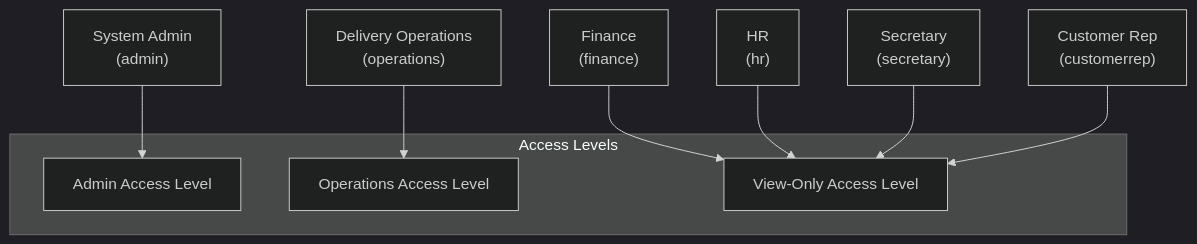
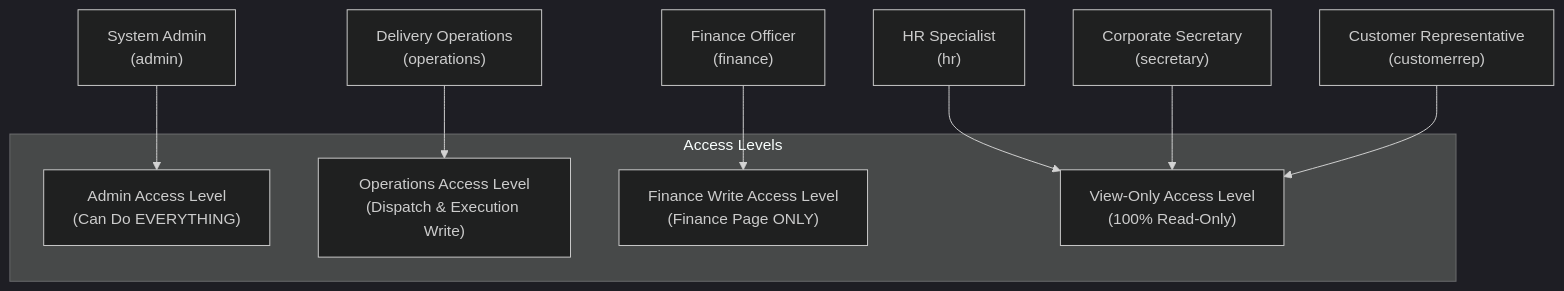
The diagram in rrliRev/docs/knowledge-base/07-user-roles-and-permissions.md (naurcel/rrli), drawn with Mermaid (dark theme) before and after one commit. The commit also changed other lines of this file and 8 other files, not shown here.

````diff
--- a/rrliRev/docs/knowledge-base/07-user-roles-and-permissions.md
+++ b/rrliRev/docs/knowledge-base/07-user-roles-and-permissions.md
@@ -14,15 +29,16 @@
 ```mermaid
 graph TD
     subgraph AccessLevels["Access Levels"]
-        AdminLevel["Admin Access Level"]
-        OpsLevel["Operations Access Level"]
-        ViewLevel["View-Only Access Level"]
+        AdminLevel["Admin Access Level\n(Can Do EVERYTHING)"]
+        OpsLevel["Operations Access Level\n(Dispatch & Execution Write)"]
+        FinanceLevel["Finance Write Access Level\n(Finance Page ONLY)"]
+        ViewLevel["View-Only Access Level\n(100% Read-Only)"]
     end
 
     AdminRole["System Admin\n(admin)"] --> AdminLevel
     OpsRole["Delivery Operations\n(operations)"] --> OpsLevel
-    FinanceRole["Finance\n(finance)"] --> ViewLevel
-    HRRole["HR\n(hr)"] --> ViewLevel
-    SecRole["Secretary\n(secretary)"] --> ViewLevel
-    CustRepRole["Customer Rep\n(customerrep)"] --> ViewLevel
+    FinanceRole["Finance Officer\n(finance)"] --> FinanceLevel
+    HRRole["HR Specialist\n(hr)"] --> ViewLevel
+    SecRole["Corporate Secretary\n(secretary)"] --> ViewLevel
+    CustRepRole["Customer Representative\n(customerrep)"] --> ViewLevel
 ```
````
